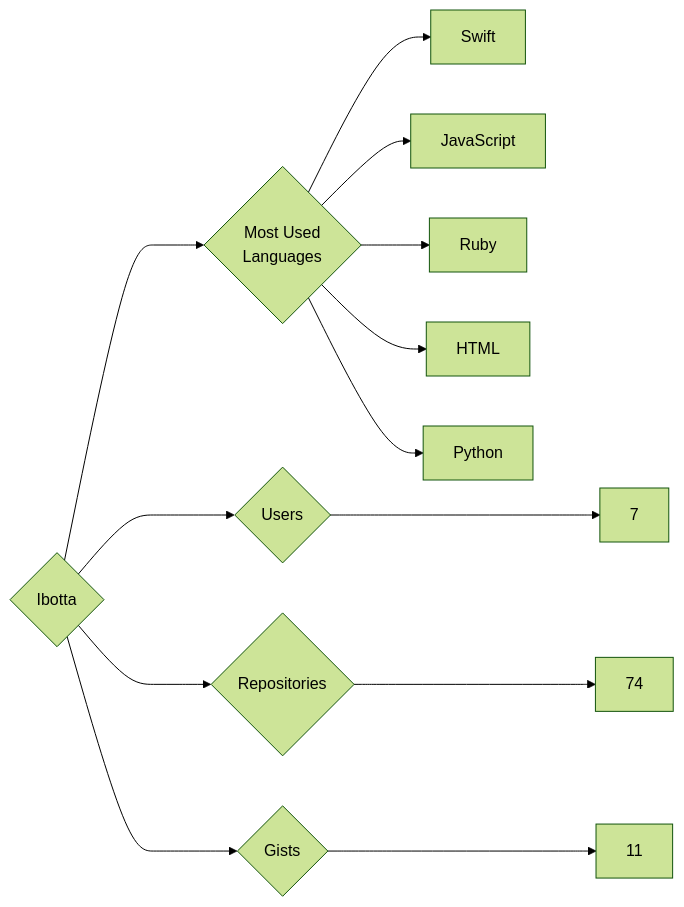
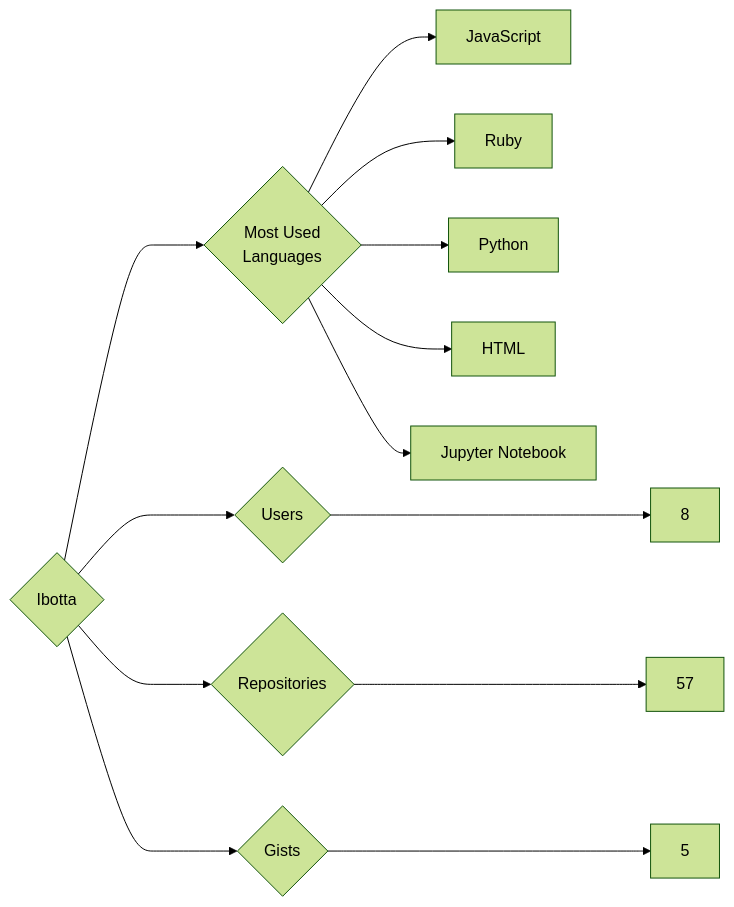
Before and after one commit to trickest/insiders: the diagram in targets/Ibotta/README.md, drawn with Mermaid (forest theme). The commit also changed 1055 other files, not shown here.

````diff
--- a/targets/Ibotta/README.md
+++ b/targets/Ibotta/README.md
@@ -3,13 +3,13 @@
 ```mermaid
 graph LR
 COMPANY_NAME{Ibotta}
-COMPANY_NAME ---> U{Users} ---> UN[7]
-COMPANY_NAME ---> R{Repositories} ---> RN[74]
-COMPANY_NAME ---> G{Gists} ---> GN[11]
+COMPANY_NAME ---> U{Users} ---> UN[8]
+COMPANY_NAME ---> R{Repositories} ---> RN[57]
+COMPANY_NAME ---> G{Gists} ---> GN[5]
 COMPANY_NAME ---> ML{Most Used<br>Languages}
-ML --> Swift[Swift]
 ML --> JavaScript[JavaScript]
 ML --> Ruby[Ruby]
+ML --> Python[Python]
 ML --> HTML[HTML]
-ML --> Python[Python]
+ML --> Jupyter_Notebook[Jupyter Notebook]
 ```
````
